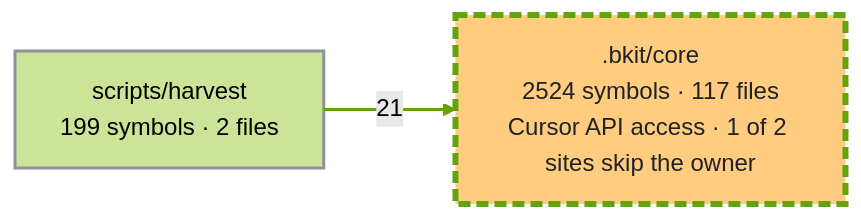
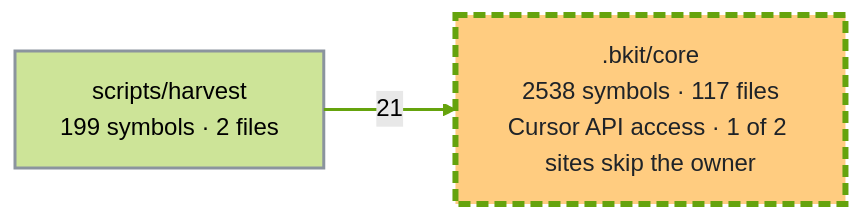
One commit to cbartens/bkit changed the second of 3 diagrams in docs/capabilities.md. Above: the diagram before and after it, drawn with Mermaid (forest theme). The commit also changed other lines of this file, not shown here.

First line of the commit message:
docs: refresh capabilities graph for the review-fix symbols

````diff
--- a/docs/capabilities.md
+++ b/docs/capabilities.md
@@ -169,16 +169,16 @@
 ```mermaid
 ---
 config:
   layout: elk
   flowchart:
     useMaxWidth: false
 ---
 flowchart LR
-  %% Generated by bkit-graphify-rollup.py from 8de62c634e1a459da0378520df874086489252c9 — do not edit
-  n_bkit_core[".bkit/core<br/>2524 symbols · 117 files<br/>Cursor API access · 1 of 2 sites skip the owner"]
+  %% Generated by bkit-graphify-rollup.py from 8e18df45f2acd17b909809682ecb109d8fb4b8fc — do not edit
+  n_bkit_core[".bkit/core<br/>2538 symbols · 117 files<br/>Cursor API access · 1 of 2 sites skip the owner"]
   nscripts_harvest["scripts/harvest<br/>199 symbols · 2 files"]
   nscripts_harvest -->|21| n_bkit_core
   style n_bkit_core stroke:#65a30d,stroke-width:4px,stroke-dasharray:8 4,fill:#ffcc80,color:#1f2328
   style nscripts_harvest stroke:#8b949e,stroke-width:2px
   linkStyle 0 stroke:#65a30d,stroke-width:2px
 ```
````
